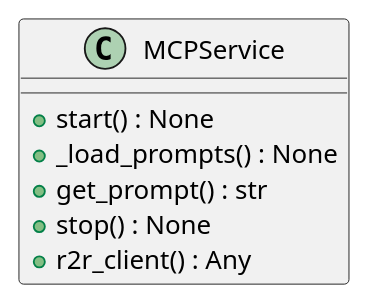
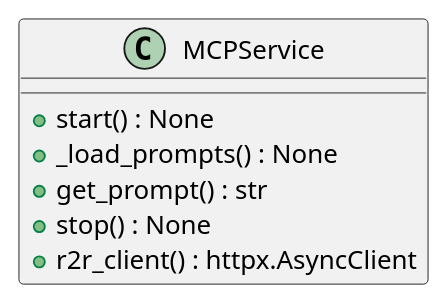
Before and after one commit to lgcorzo/llmops-python-package: the first of 6 diagrams in openwiki/modules/src/autogen_team/infrastructure/services/mcp_service.md, drawn with PlantUML. The commit also changed other lines of this file and 155 other files, not shown here.

````diff
--- a/openwiki/modules/src/autogen_team/infrastructure/services/mcp_service.md
+++ b/openwiki/modules/src/autogen_team/infrastructure/services/mcp_service.md
@@ -58,11 +67,11 @@
 ```plantuml
 @startuml
     class MCPService {
         +start() : None
         +_load_prompts() : None
         +get_prompt() : str
         +stop() : None
-        +r2r_client() : Any
+        +r2r_client() : httpx.AsyncClient
     }
 @enduml
 ```
````
